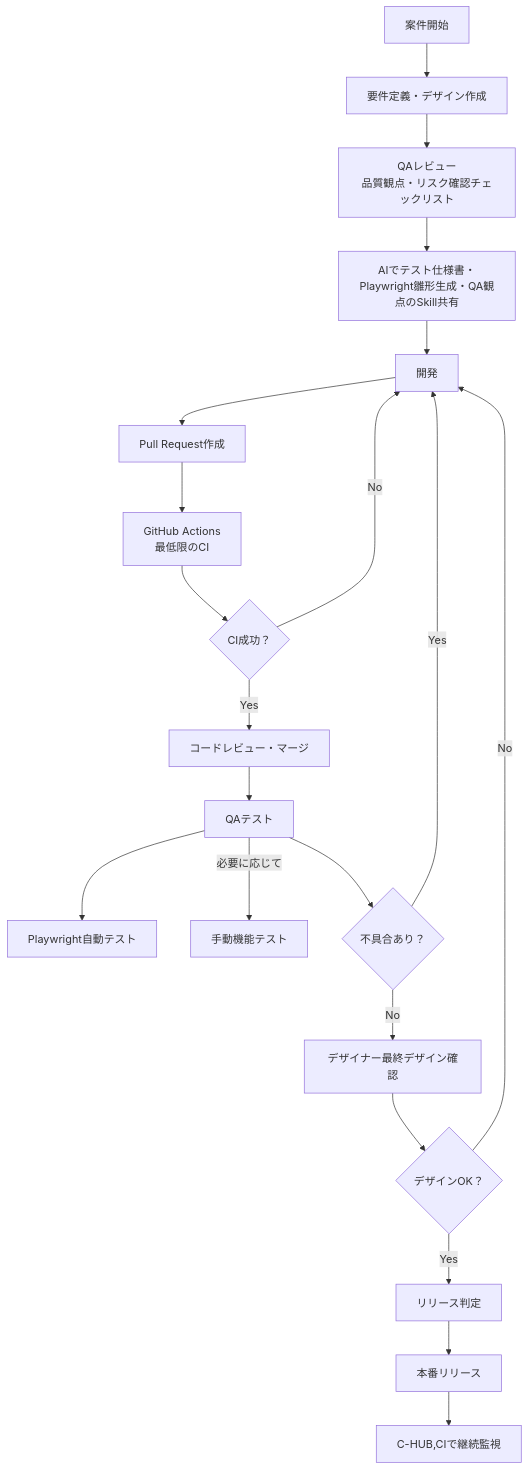
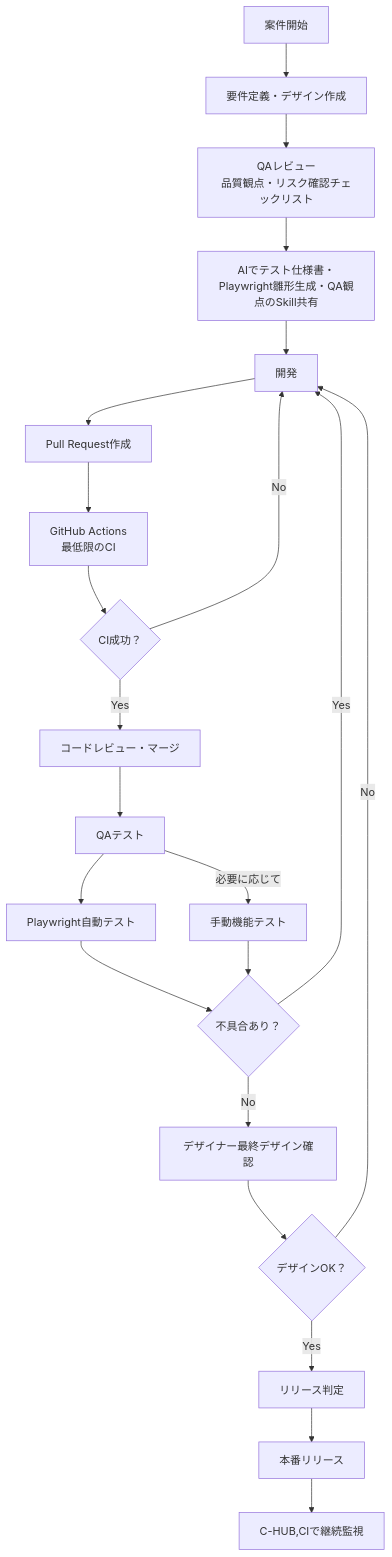
The diagram in テスト設計/デザイナーフロー.md (kamoshicka/ShiftLeft), drawn with Mermaid before and after one commit.

````diff
--- a/テスト設計/デザイナーフロー.md
+++ b/テスト設計/デザイナーフロー.md
@@ -1,36 +1,37 @@
 ```mermaid
 flowchart TD
     A[案件開始]
 
     A --> B[要件定義・デザイン作成]
     B --> C[QAレビュー<br/>品質観点・リスク確認チェックリスト]
 
     C --> D[AIでテスト仕様書・Playwright雛形生成・QA観点のSkill共有]
 
     D --> E[開発]
     E --> F[Pull Request作成]
 
     F --> G[GitHub Actions<br/>最低限のCI]
     G --> H{CI成功？}
 
     H -- No --> E
     H -- Yes --> I[コードレビュー・マージ]
 
     I --> J[QAテスト]
 
     J --> J1[Playwright自動テスト]
     J -- 必要に応じて --> J2[手動機能テスト]
 
-    J --> K{不具合あり？}
+    J1 --> K{不具合あり？}
+    J2 --> K{不具合あり？}
 
     K -- Yes --> E
     K -- No --> L[デザイナー最終デザイン確認]
 
     L --> M{デザインOK？}
 
     M -- No --> E
     M -- Yes --> N[リリース判定]
 
     N --> O[本番リリース]
     O --> P[C-HUB,CIで継続監視]
 ```
````
